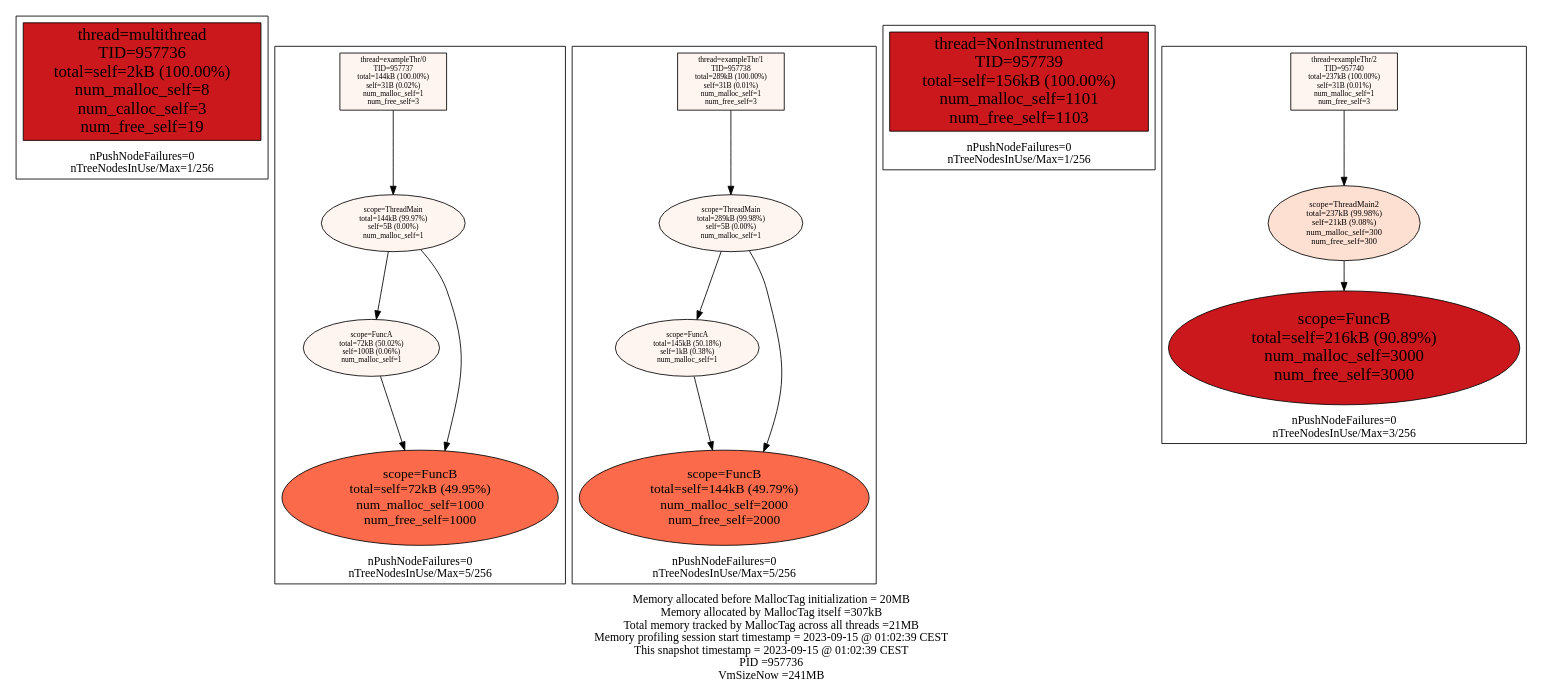
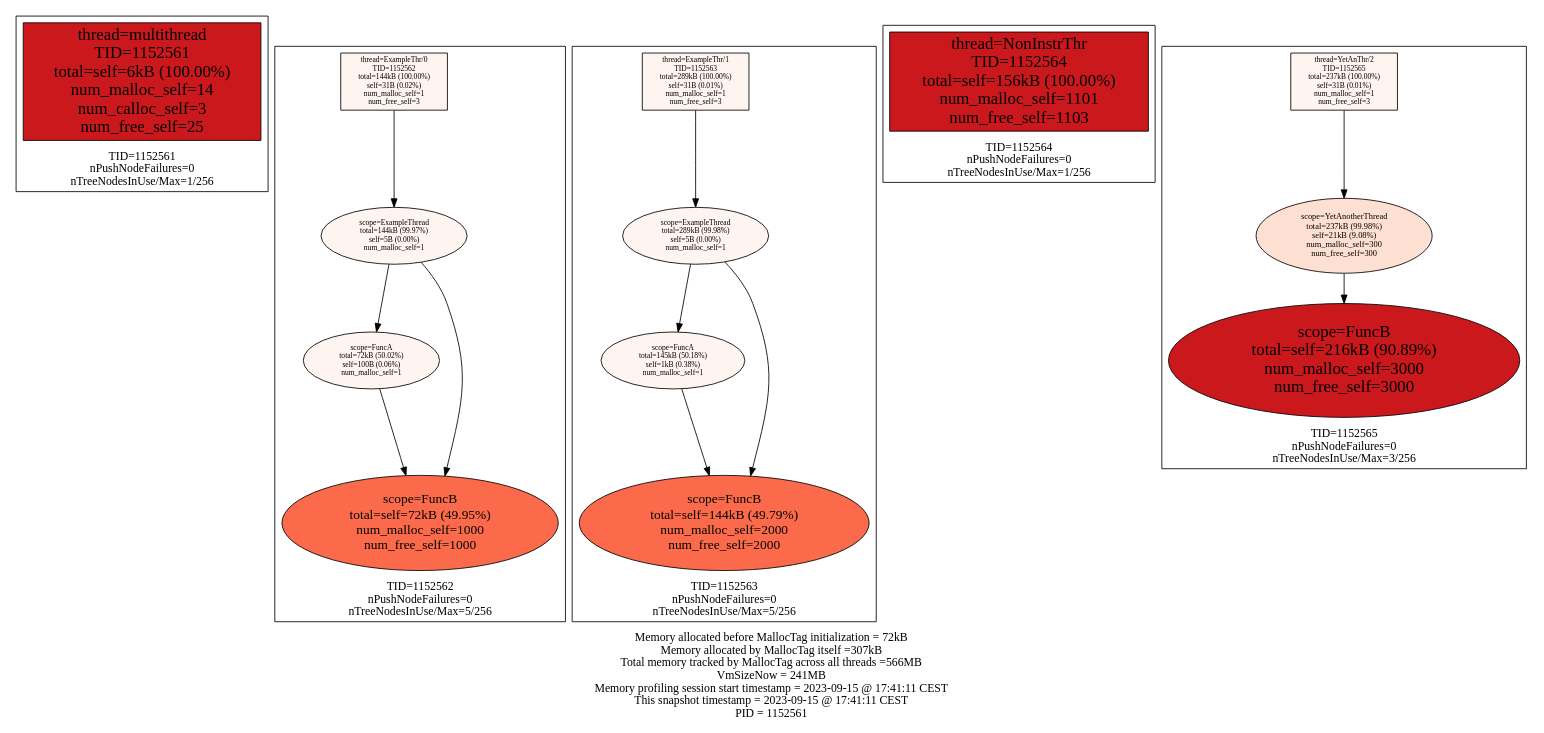
One commit to f18m/malloc-tag changed the diagram in examples/multithread/multithread_stats.dot. Above: the diagram before and after it, drawn with Graphviz. The commit also changed 16 other files, not shown here.

Commit message:
Improve matching of malloc-tag tracked memory with the Linux-kernel VIRT-reported memory by having some estimation logic about the amount of memory  mmap()ed for each new thread by GNU dyn linker, pthread and glibc malloc

```diff
--- a/examples/multithread/multithread_stats.dot
+++ b/examples/multithread/multithread_stats.dot
@@ -1,60 +1,60 @@
 digraph MallocTree {
  node [colorscheme=reds9 style=filled]
- subgraph cluster_TID957736 {
+ subgraph cluster_TID1152561 {
   node [colorscheme=reds9 style=filled]
   labelloc="b"
-  label="nPushNodeFailures=0\nnTreeNodesInUse/Max=1/256\n"
-  "957736_multithread" [label="thread=multithread\nTID=957736\ntotal=self=2kB (100.00%)\nnum_malloc_self=8\nnum_calloc_self=3\nnum_free_self=19" shape=box fillcolor=7 fontsize=20]
+  label="TID=1152561\nnPushNodeFailures=0\nnTreeNodesInUse/Max=1/256\n"
+  "1152561_multithread" [label="thread=multithread\nTID=1152561\ntotal=self=6kB (100.00%)\nnum_malloc_self=14\nnum_calloc_self=3\nnum_free_self=25" shape=box fillcolor=7 fontsize=20]
  }
 
- subgraph cluster_TID957737 {
+ subgraph cluster_TID1152562 {
   node [colorscheme=reds9 style=filled]
   labelloc="b"
-  label="nPushNodeFailures=0\nnTreeNodesInUse/Max=5/256\n"
-  "957737_exampleThr/0" [label="thread=exampleThr/0\nTID=957737\ntotal=144kB (100.00%)\nself=31B (0.02%)\nnum_malloc_self=1\nnum_free_self=3" shape=box fillcolor=1 fontsize=9]
-  "957737_exampleThr/0" -> "957737_ThreadMain"
-  "957737_ThreadMain" [label="scope=ThreadMain\ntotal=144kB (99.97%)\nself=5B (0.00%)\nnum_malloc_self=1" fillcolor=1 fontsize=9]
-  "957737_ThreadMain" -> "957737_FuncA"
-  "957737_ThreadMain" -> "957737_FuncB"
-  "957737_FuncA" [label="scope=FuncA\ntotal=72kB (50.02%)\nself=100B (0.06%)\nnum_malloc_self=1" fillcolor=1 fontsize=9]
-  "957737_FuncA" -> "957737_FuncB"
-  "957737_FuncB" [label="scope=FuncB\ntotal=self=72kB (49.95%)\nnum_malloc_self=1000\nnum_free_self=1000" fillcolor=5 fontsize=16]
-  "957737_FuncB" [label="scope=FuncB\ntotal=self=72kB (49.95%)\nnum_malloc_self=1000\nnum_free_self=1000" fillcolor=5 fontsize=16]
+  label="TID=1152562\nnPushNodeFailures=0\nnTreeNodesInUse/Max=5/256\n"
+  "1152562_ExampleThr/0" [label="thread=ExampleThr/0\nTID=1152562\ntotal=144kB (100.00%)\nself=31B (0.02%)\nnum_malloc_self=1\nnum_free_self=3" shape=box fillcolor=1 fontsize=9]
+  "1152562_ExampleThr/0" -> "1152562_ExampleThread"
+  "1152562_ExampleThread" [label="scope=ExampleThread\ntotal=144kB (99.97%)\nself=5B (0.00%)\nnum_malloc_self=1" fillcolor=1 fontsize=9]
+  "1152562_ExampleThread" -> "1152562_FuncA"
+  "1152562_ExampleThread" -> "1152562_FuncB"
+  "1152562_FuncA" [label="scope=FuncA\ntotal=72kB (50.02%)\nself=100B (0.06%)\nnum_malloc_self=1" fillcolor=1 fontsize=9]
+  "1152562_FuncA" -> "1152562_FuncB"
+  "1152562_FuncB" [label="scope=FuncB\ntotal=self=72kB (49.95%)\nnum_malloc_self=1000\nnum_free_self=1000" fillcolor=5 fontsize=16]
+  "1152562_FuncB" [label="scope=FuncB\ntotal=self=72kB (49.95%)\nnum_malloc_self=1000\nnum_free_self=1000" fillcolor=5 fontsize=16]
  }
 
- subgraph cluster_TID957738 {
+ subgraph cluster_TID1152563 {
   node [colorscheme=reds9 style=filled]
   labelloc="b"
-  label="nPushNodeFailures=0\nnTreeNodesInUse/Max=5/256\n"
-  "957738_exampleThr/1" [label="thread=exampleThr/1\nTID=957738\ntotal=289kB (100.00%)\nself=31B (0.01%)\nnum_malloc_self=1\nnum_free_self=3" shape=box fillcolor=1 fontsize=9]
-  "957738_exampleThr/1" -> "957738_ThreadMain"
-  "957738_ThreadMain" [label="scope=ThreadMain\ntotal=289kB (99.98%)\nself=5B (0.00%)\nnum_malloc_self=1" fillcolor=1 fontsize=9]
-  "957738_ThreadMain" -> "957738_FuncA"
-  "957738_ThreadMain" -> "957738_FuncB"
-  "957738_FuncA" [label="scope=FuncA\ntotal=145kB (50.18%)\nself=1kB (0.38%)\nnum_malloc_self=1" fillcolor=1 fontsize=9]
-  "957738_FuncA" -> "957738_FuncB"
-  "957738_FuncB" [label="scope=FuncB\ntotal=self=144kB (49.79%)\nnum_malloc_self=2000\nnum_free_self=2000" fillcolor=5 fontsize=16]
-  "957738_FuncB" [label="scope=FuncB\ntotal=self=144kB (49.79%)\nnum_malloc_self=2000\nnum_free_self=2000" fillcolor=5 fontsize=16]
+  label="TID=1152563\nnPushNodeFailures=0\nnTreeNodesInUse/Max=5/256\n"
+  "1152563_ExampleThr/1" [label="thread=ExampleThr/1\nTID=1152563\ntotal=289kB (100.00%)\nself=31B (0.01%)\nnum_malloc_self=1\nnum_free_self=3" shape=box fillcolor=1 fontsize=9]
+  "1152563_ExampleThr/1" -> "1152563_ExampleThread"
+  "1152563_ExampleThread" [label="scope=ExampleThread\ntotal=289kB (99.98%)\nself=5B (0.00%)\nnum_malloc_self=1" fillcolor=1 fontsize=9]
+  "1152563_ExampleThread" -> "1152563_FuncA"
+  "1152563_ExampleThread" -> "1152563_FuncB"
+  "1152563_FuncA" [label="scope=FuncA\ntotal=145kB (50.18%)\nself=1kB (0.38%)\nnum_malloc_self=1" fillcolor=1 fontsize=9]
+  "1152563_FuncA" -> "1152563_FuncB"
+  "1152563_FuncB" [label="scope=FuncB\ntotal=self=144kB (49.79%)\nnum_malloc_self=2000\nnum_free_self=2000" fillcolor=5 fontsize=16]
+  "1152563_FuncB" [label="scope=FuncB\ntotal=self=144kB (49.79%)\nnum_malloc_self=2000\nnum_free_self=2000" fillcolor=5 fontsize=16]
  }
 
- subgraph cluster_TID957739 {
+ subgraph cluster_TID1152564 {
   node [colorscheme=reds9 style=filled]
   labelloc="b"
-  label="nPushNodeFailures=0\nnTreeNodesInUse/Max=1/256\n"
-  "957739_NonInstrumented" [label="thread=NonInstrumented\nTID=957739\ntotal=self=156kB (100.00%)\nnum_malloc_self=1101\nnum_free_self=1103" shape=box fillcolor=7 fontsize=20]
+  label="TID=1152564\nnPushNodeFailures=0\nnTreeNodesInUse/Max=1/256\n"
+  "1152564_NonInstrThr" [label="thread=NonInstrThr\nTID=1152564\ntotal=self=156kB (100.00%)\nnum_malloc_self=1101\nnum_free_self=1103" shape=box fillcolor=7 fontsize=20]
  }
 
- subgraph cluster_TID957740 {
+ subgraph cluster_TID1152565 {
   node [colorscheme=reds9 style=filled]
   labelloc="b"
-  label="nPushNodeFailures=0\nnTreeNodesInUse/Max=3/256\n"
-  "957740_exampleThr/2" [label="thread=exampleThr/2\nTID=957740\ntotal=237kB (100.00%)\nself=31B (0.01%)\nnum_malloc_self=1\nnum_free_self=3" shape=box fillcolor=1 fontsize=9]
-  "957740_exampleThr/2" -> "957740_ThreadMain2"
-  "957740_ThreadMain2" [label="scope=ThreadMain2\ntotal=237kB (99.98%)\nself=21kB (9.08%)\nnum_malloc_self=300\nnum_free_self=300" fillcolor=2 fontsize=10]
-  "957740_ThreadMain2" -> "957740_FuncB"
-  "957740_FuncB" [label="scope=FuncB\ntotal=self=216kB (90.89%)\nnum_malloc_self=3000\nnum_free_self=3000" fillcolor=7 fontsize=20]
+  label="TID=1152565\nnPushNodeFailures=0\nnTreeNodesInUse/Max=3/256\n"
+  "1152565_YetAnThr/2" [label="thread=YetAnThr/2\nTID=1152565\ntotal=237kB (100.00%)\nself=31B (0.01%)\nnum_malloc_self=1\nnum_free_self=3" shape=box fillcolor=1 fontsize=9]
+  "1152565_YetAnThr/2" -> "1152565_YetAnotherThread"
+  "1152565_YetAnotherThread" [label="scope=YetAnotherThread\ntotal=237kB (99.98%)\nself=21kB (9.08%)\nnum_malloc_self=300\nnum_free_self=300" fillcolor=2 fontsize=10]
+  "1152565_YetAnotherThread" -> "1152565_FuncB"
+  "1152565_FuncB" [label="scope=FuncB\ntotal=self=216kB (90.89%)\nnum_malloc_self=3000\nnum_free_self=3000" fillcolor=7 fontsize=20]
  }
 
  labelloc="b"
- label="Memory allocated before MallocTag initialization = 20MB\nMemory allocated by MallocTag itself =307kB\nTotal memory tracked by MallocTag across all threads =21MB\nMemory profiling session start timestamp = 2023-09-15 @ 01:02:39 CEST\nThis snapshot timestamp = 2023-09-15 @ 01:02:39 CEST\nPID =957736\nVmSizeNow =241MB\n"
+ label="Memory allocated before MallocTag initialization = 72kB\nMemory allocated by MallocTag itself =307kB\nTotal memory tracked by MallocTag across all threads =566MB\nVmSizeNow = 241MB\nMemory profiling session start timestamp = 2023-09-15 @ 17:41:11 CEST\nThis snapshot timestamp = 2023-09-15 @ 17:41:11 CEST\nPID = 1152561\n"
 }
```
